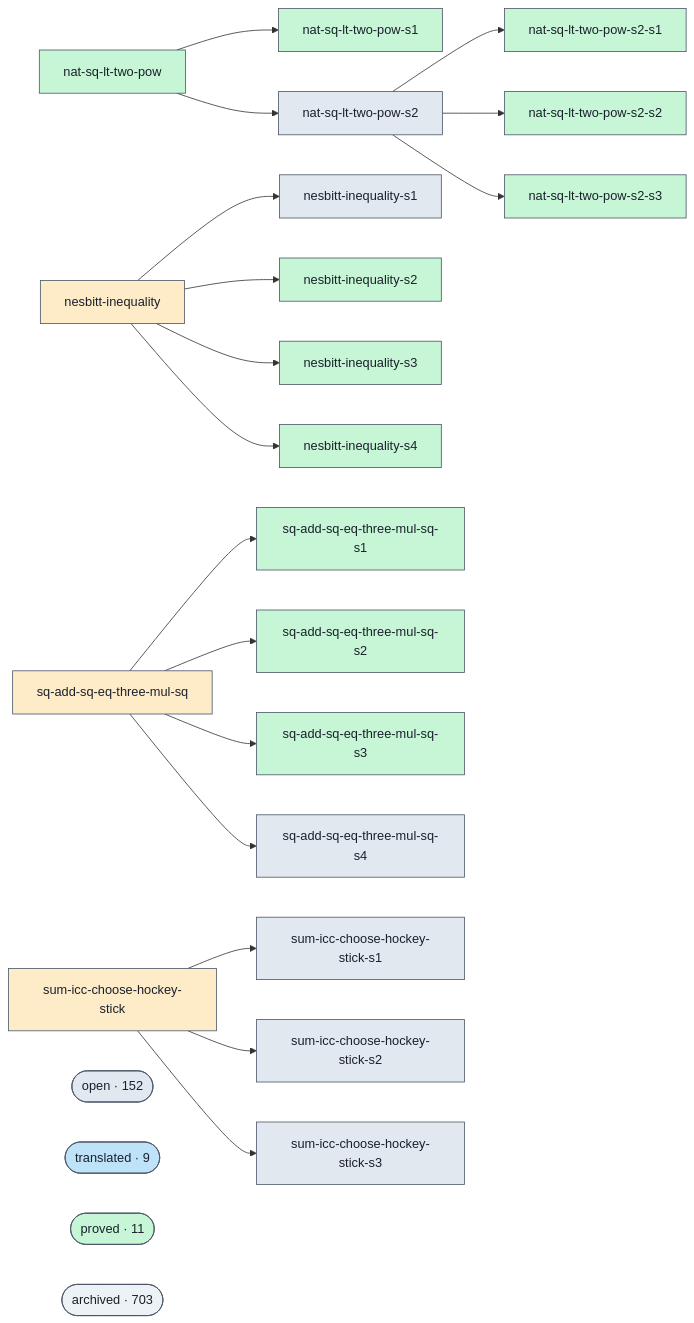
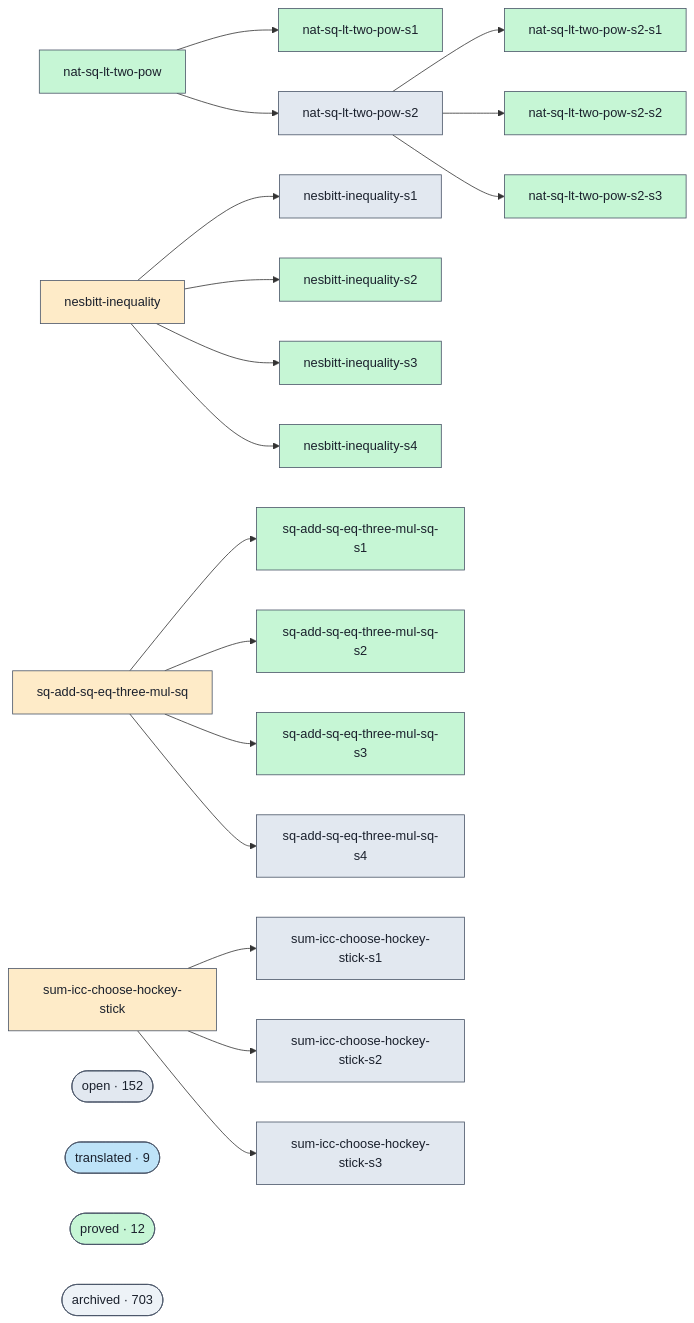
The diagram in docs/proofs-contributors-visualisation.md (ohdearquant/unsorry), drawn with Mermaid before and after one commit. The commit also changed other lines of this file and 2 other files, not shown here.

```diff
--- a/docs/proofs-contributors-visualisation.md
+++ b/docs/proofs-contributors-visualisation.md
@@ -102,7 +102,7 @@
   class cluster_open open;
   cluster_translated(["translated · 9"])
   class cluster_translated translated;
-  cluster_proved(["proved · 11"])
+  cluster_proved(["proved · 12"])
   class cluster_proved proved;
   cluster_archived(["archived · 703"])
   class cluster_archived unknown;
```
